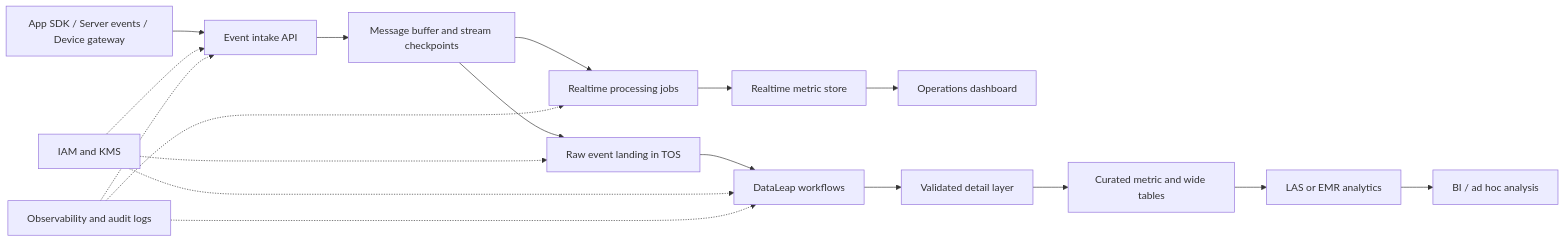
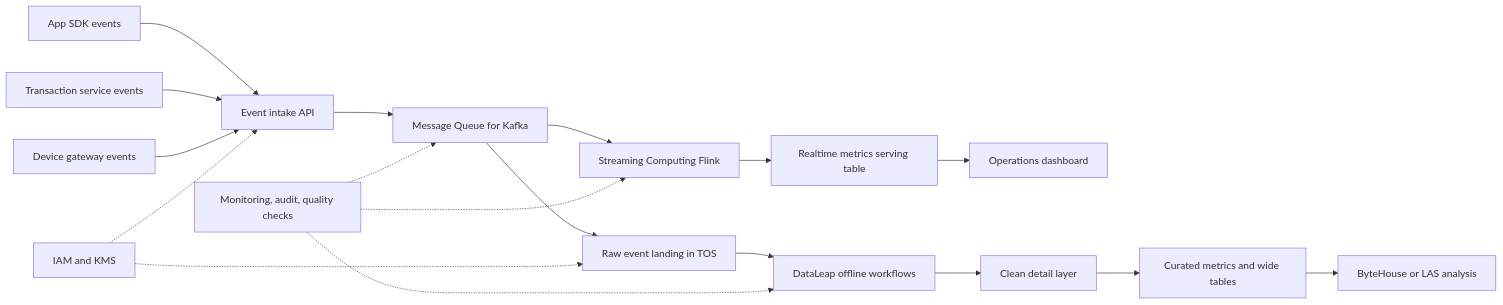
Before and after one commit to Joyce0301/volcengine-solutions-architect: the diagram in tests/forward/realtime-data.md, drawn with Mermaid. The commit also changed other lines of this file and 5 other files, not shown here.

````diff
--- a/tests/forward/realtime-data.md
+++ b/tests/forward/realtime-data.md
@@ -50,22 +60,20 @@
 ```mermaid
 flowchart LR
-  A[App SDK / Server events / Device gateway] --> B[Event intake API]
-  B --> C[Message buffer and stream checkpoints]
-  C --> D[Realtime processing jobs]
-  D --> E[Realtime metric store]
-  E --> F[Operations dashboard]
-
-  C --> G[Raw event landing in TOS]
-  G --> H[DataLeap workflows]
-  H --> I[Validated detail layer]
-  I --> J[Curated metric and wide tables]
-  J --> K[LAS or EMR analytics]
-  K --> L[BI / ad hoc analysis]
-
-  M[IAM and KMS] -.-> B
-  M -.-> G
-  M -.-> H
-  N[Observability and audit logs] -.-> B
-  N -.-> D
-  N -.-> H
+  A[App SDK events] --> I[Event intake API]
+  B[Transaction service events] --> I
+  C[Device gateway events] --> I
+  I --> K[Message Queue for Kafka]
+  K --> F[Streaming Computing Flink]
+  F --> M[Realtime metrics serving table]
+  M --> D[Operations dashboard]
+  K --> R[Raw event landing in TOS]
+  R --> L[DataLeap offline workflows]
+  L --> C1[Clean detail layer]
+  C1 --> C2[Curated metrics and wide tables]
+  C2 --> Q[ByteHouse or LAS analysis]
+  S[IAM and KMS] -.-> I
+  S -.-> R
+  O[Monitoring, audit, quality checks] -.-> K
+  O -.-> F
+  O -.-> L
 ```
````
